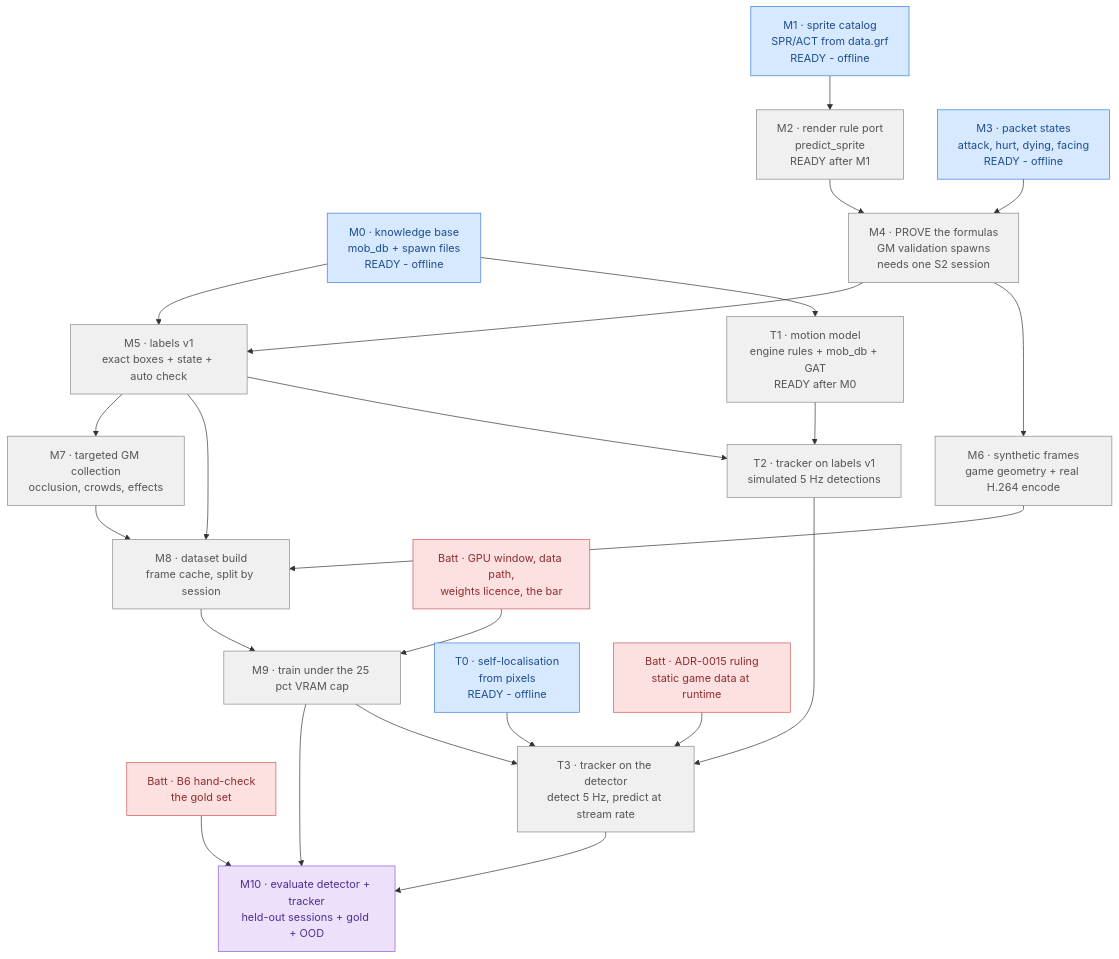
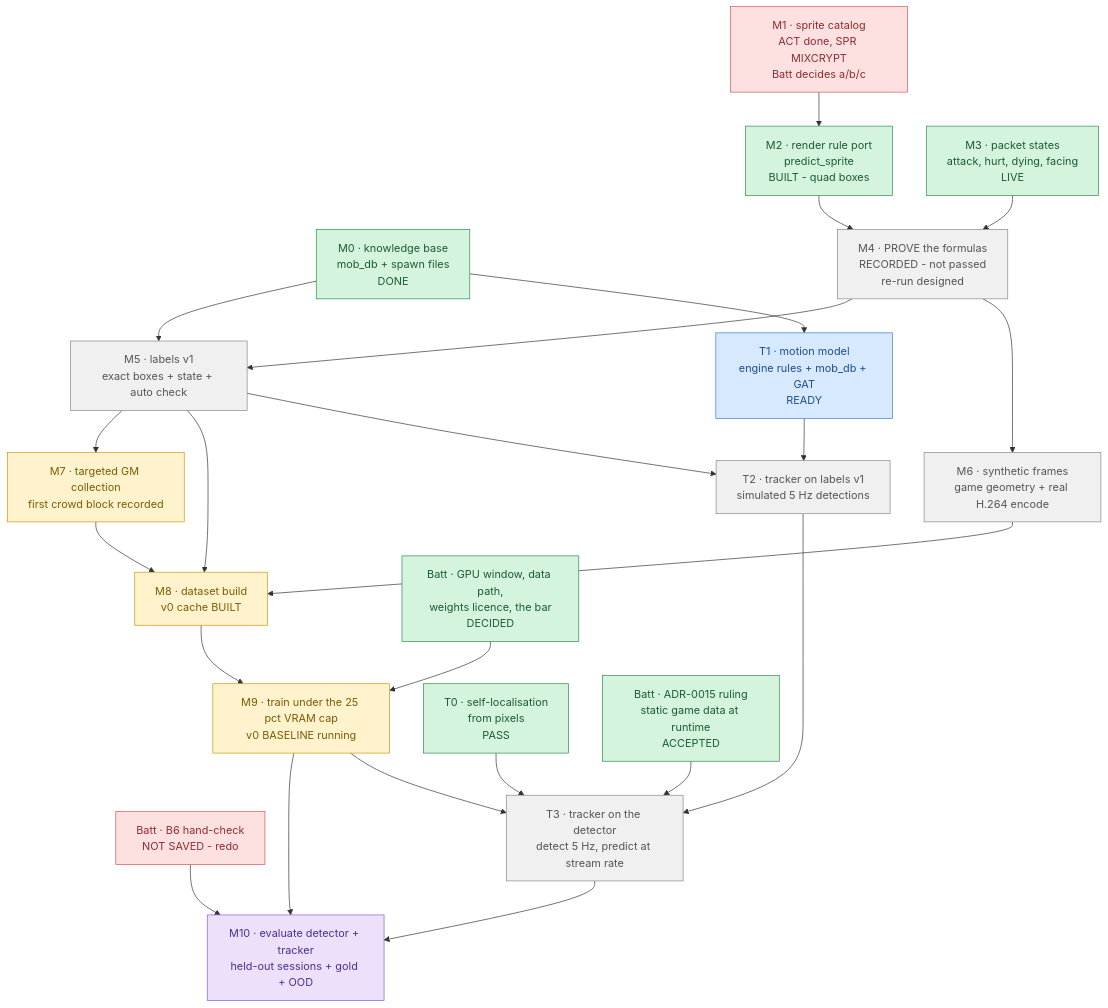
The diagram in docs/phase3-plan.md (lumduan/poring-lab), drawn with Mermaid before and after one commit. The commit also changed other lines of this file and 1 other file, not shown here.

First line of the commit message:
docs(phase3): M4 recorded but NOT passed -- results + diagnosis (§5a); M7 first crowd block; roadmap current

````diff
--- a/docs/phase3-plan.md
+++ b/docs/phase3-plan.md
@@ -63,38 +63,40 @@
 ```mermaid
 flowchart TD
-    M0["M0 · knowledge base<br/>mob_db + spawn files<br/>READY - offline"] --> M5
-    M1["M1 · sprite catalog<br/>SPR/ACT from data.grf<br/>READY - offline"] --> M2
-    M2["M2 · render rule port<br/>predict_sprite<br/>READY after M1"] --> M4
-    M3["M3 · packet states<br/>attack, hurt, dying, facing<br/>READY - offline"] --> M4
-    M4["M4 · PROVE the formulas<br/>GM validation spawns<br/>needs one S2 session"] --> M5
+    M0["M0 · knowledge base<br/>mob_db + spawn files<br/>DONE"] --> M5
+    M1["M1 · sprite catalog<br/>ACT done, SPR MIXCRYPT<br/>Batt decides a/b/c"] --> M2
+    M2["M2 · render rule port<br/>predict_sprite<br/>BUILT - quad boxes"] --> M4
+    M3["M3 · packet states<br/>attack, hurt, dying, facing<br/>LIVE"] --> M4
+    M4["M4 · PROVE the formulas<br/>RECORDED - not passed<br/>re-run designed"] --> M5
     M4 --> M6
     M5["M5 · labels v1<br/>exact boxes + state + auto check"] --> M7
     M5 --> M8
     M6["M6 · synthetic frames<br/>game geometry + real H.264 encode"] --> M8
-    M7["M7 · targeted GM collection<br/>occlusion, crowds, effects"] --> M8
-    M8["M8 · dataset build<br/>frame cache, split by session"] --> M9
-    D1["Batt · GPU window, data path,<br/>weights licence, the bar"] --> M9
-    M9["M9 · train under the 25 pct VRAM cap"] --> M10
-    G["Batt · B6 hand-check<br/>the gold set"] --> M10
+    M7["M7 · targeted GM collection<br/>first crowd block recorded"] --> M8
+    M8["M8 · dataset build<br/>v0 cache BUILT"] --> M9
+    D1["Batt · GPU window, data path,<br/>weights licence, the bar<br/>DECIDED"] --> M9
+    M9["M9 · train under the 25 pct VRAM cap<br/>v0 BASELINE running"] --> M10
+    G["Batt · B6 hand-check<br/>NOT SAVED - redo"] --> M10
     M10["M10 · evaluate detector + tracker<br/>held-out sessions + gold + OOD"]
     M0 --> T1
-    T1["T1 · motion model<br/>engine rules + mob_db + GAT<br/>READY after M0"] --> T2
+    T1["T1 · motion model<br/>engine rules + mob_db + GAT<br/>READY"] --> T2
     M5 --> T2
     T2["T2 · tracker on labels v1<br/>simulated 5 Hz detections"] --> T3
-    T0["T0 · self-localisation<br/>from pixels<br/>READY - offline"] --> T3
+    T0["T0 · self-localisation<br/>from pixels<br/>PASS"] --> T3
     M9 --> T3
-    R["Batt · ADR-0015 ruling<br/>static game data at runtime"] --> T3
+    R["Batt · ADR-0015 ruling<br/>static game data at runtime<br/>ACCEPTED"] --> T3
     T3["T3 · tracker on the detector<br/>detect 5 Hz, predict at stream rate"] --> M10
 
     classDef done     fill:#d4f4dd,stroke:#2d8a4e,color:#1a5c33
     classDef active   fill:#fff3cd,stroke:#cc9a06,color:#7a5c04
     classDef ready    fill:#d6e9ff,stroke:#3b7dd8,color:#1e4d8f
     classDef blocked  fill:#f0f0f0,stroke:#888,color:#555
     classDef decision fill:#fde0e0,stroke:#d05555,color:#8f2e2e
     classDef goal     fill:#ede0fb,stroke:#8a5cd8,color:#4d2e8f
 
-    class M0,M1,M3,T0 ready
-    class M2,M4,M5,M6,M7,M8,M9,T1,T2,T3 blocked
-    class D1,G,R decision
+    class M0,M2,M3,T0,D1,R done
+    class M7,M8,M9 active
+    class T1 ready
+    class M4,M5,M6,T2,T3 blocked
+    class M1,G decision
     class M10 goal
 ```
````
